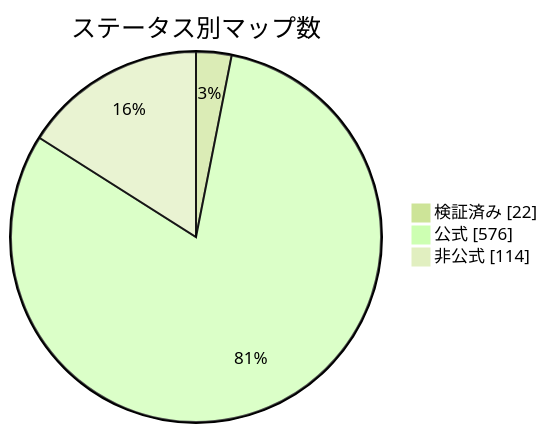
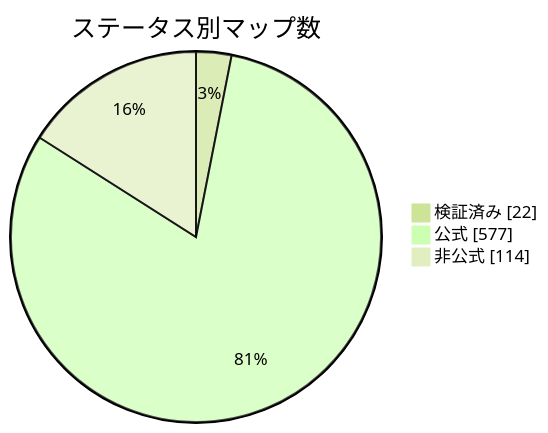
The diagram in docs/readme/README_JP.md (nobrega8/mbmap-library), drawn with Mermaid (forest theme) before and after one commit. The commit also changed 6 other files, not shown here.

````diff
--- a/docs/readme/README_JP.md
+++ b/docs/readme/README_JP.md
@@ -54,7 +54,7 @@
 ```mermaid
 pie showData
     title ステータス別マップ数
     "検証済み" : 22
-    "公式" : 576
+    "公式" : 577
     "非公式" : 114
 ```
````
